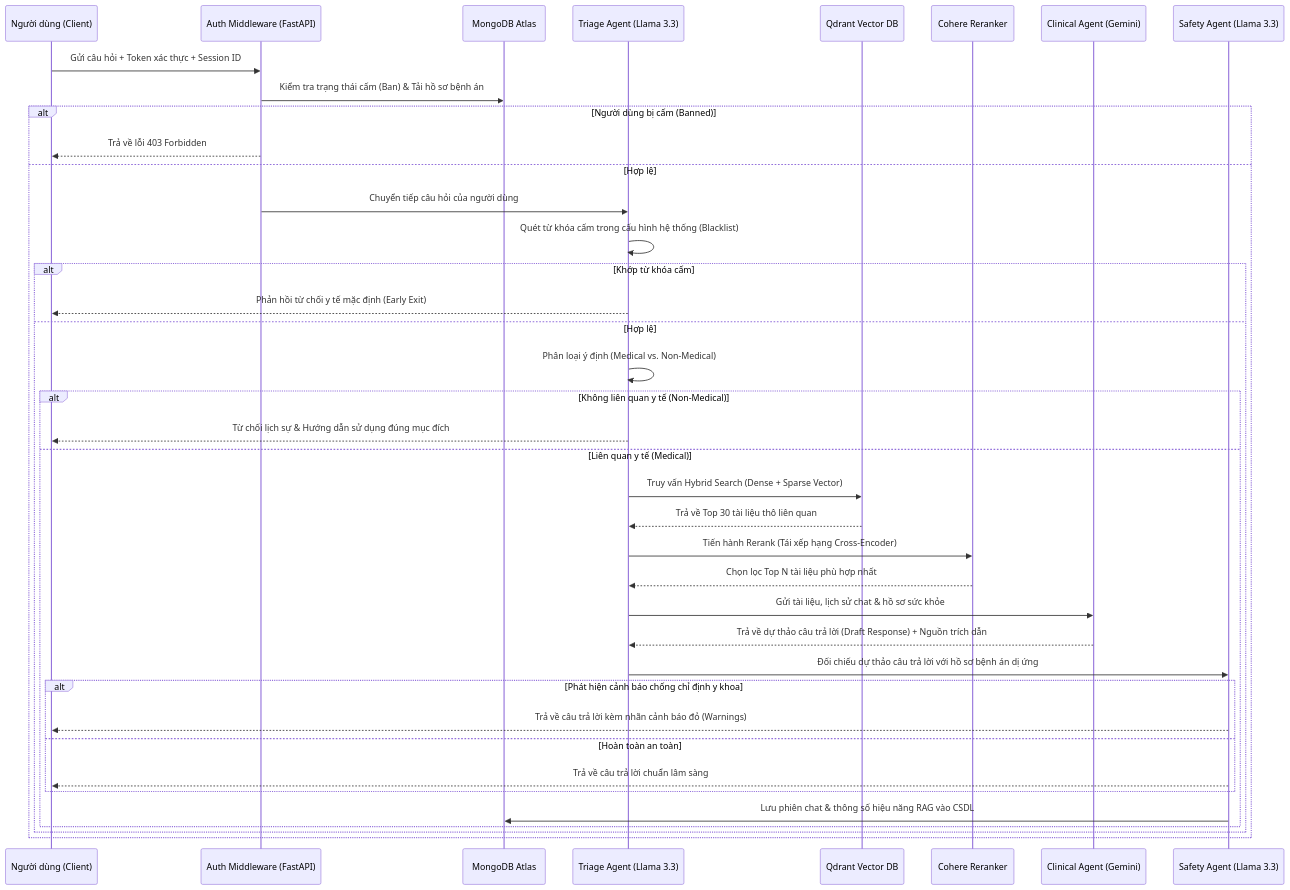
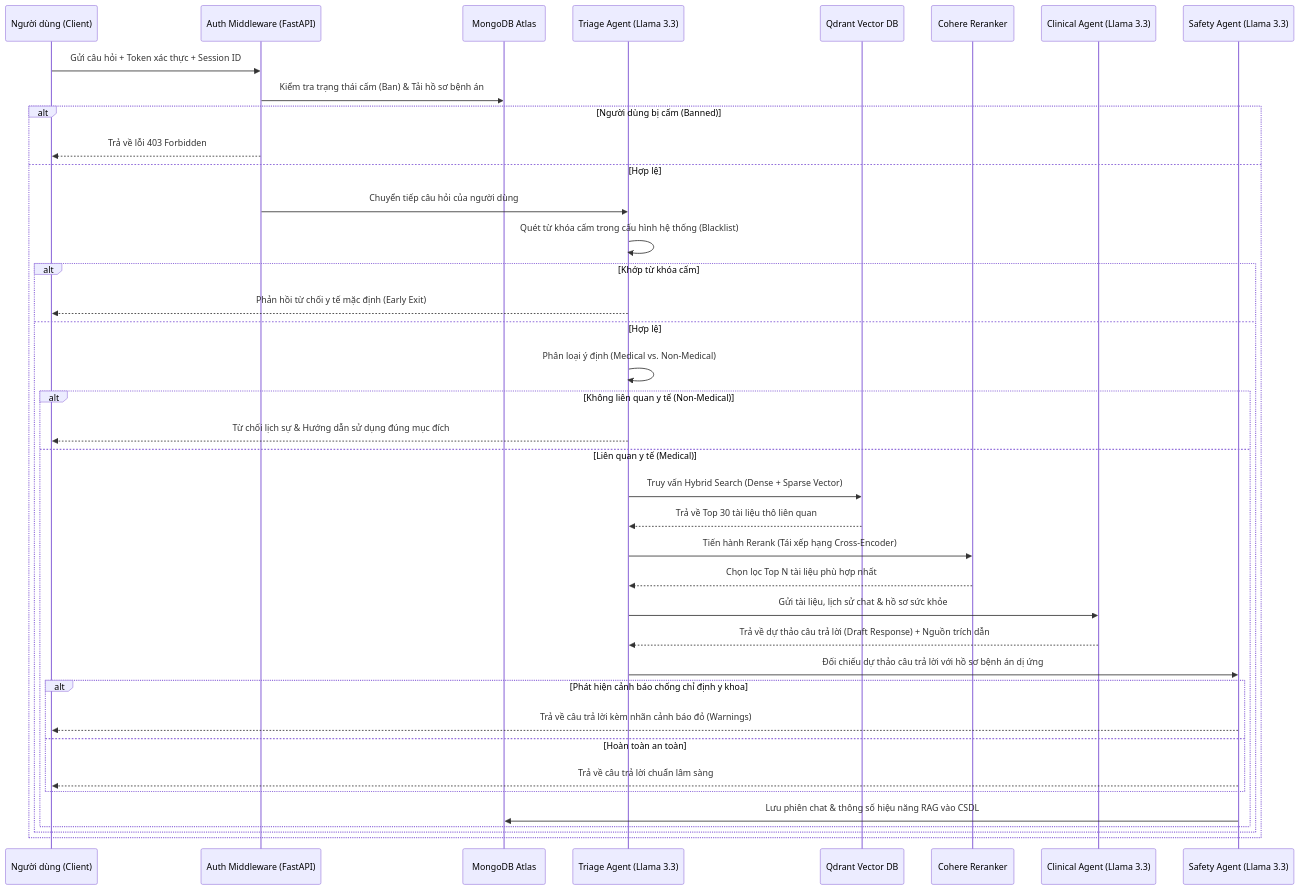
Before and after one commit to Vietfinn/Medical-AI-Assistant--RAG_KLTN: the diagram in README.md, drawn with Mermaid. The commit also changed other lines of this file and 1 other file, not shown here.

Commit message:
docs: remove obsolete Google Gemini API configurations and update Clinical Agent to Llama 3.3

````diff
--- a/README.md
+++ b/README.md
@@ -37,42 +37,42 @@
 ```mermaid
 sequenceDiagram
     participant User as Người dùng (Client)
     participant Auth as Auth Middleware (FastAPI)
     participant Mongo as MongoDB Atlas
     participant Triage as Triage Agent (Llama 3.3)
     participant Qdrant as Qdrant Vector DB
     participant Cohere as Cohere Reranker
-    participant Gemini as Clinical Agent (Gemini)
+    participant Clinical as Clinical Agent (Llama 3.3)
     participant Safety as Safety Agent (Llama 3.3)
 
     User->>Auth: Gửi câu hỏi + Token xác thực + Session ID
     Auth->>Mongo: Kiểm tra trạng thái cấm (Ban) & Tải hồ sơ bệnh án
     alt Người dùng bị cấm (Banned)
         Auth-->>User: Trả về lỗi 403 Forbidden
     else Hợp lệ
         Auth->>Triage: Chuyển tiếp câu hỏi của người dùng
         Triage->>Triage: Quét từ khóa cấm trong cấu hình hệ thống (Blacklist)
         alt Khớp từ khóa cấm
             Triage-->>User: Phản hồi từ chối y tế mặc định (Early Exit)
         else Hợp lệ
             Triage->>Triage: Phân loại ý định (Medical vs. Non-Medical)
             alt Không liên quan y tế (Non-Medical)
                 Triage-->>User: Từ chối lịch sự & Hướng dẫn sử dụng đúng mục đích
             else Liên quan y tế (Medical)
                 Triage->>Qdrant: Truy vấn Hybrid Search (Dense + Sparse Vector)
                 Qdrant-->>Triage: Trả về Top 30 tài liệu thô liên quan
                 Triage->>Cohere: Tiến hành Rerank (Tái xếp hạng Cross-Encoder)
                 Cohere-->>Triage: Chọn lọc Top N tài liệu phù hợp nhất
-                Triage->>Gemini: Gửi tài liệu, lịch sử chat & hồ sơ sức khỏe
-                Gemini-->>Triage: Trả về dự thảo câu trả lời (Draft Response) + Nguồn trích dẫn
+                Triage->>Clinical: Gửi tài liệu, lịch sử chat & hồ sơ sức khỏe
+                Clinical-->>Triage: Trả về dự thảo câu trả lời (Draft Response) + Nguồn trích dẫn
                 Triage->>Safety: Đối chiếu dự thảo câu trả lời với hồ sơ bệnh án dị ứng
                 alt Phát hiện cảnh báo chống chỉ định y khoa
                     Safety-->>User: Trả về câu trả lời kèm nhãn cảnh báo đỏ (Warnings)
                 else Hoàn toàn an toàn
                     Safety-->>User: Trả về câu trả lời chuẩn lâm sàng
                 end
                 Safety->>Mongo: Lưu phiên chat & thông số hiệu năng RAG vào CSDL
             end
         end
     end
 ```
````
